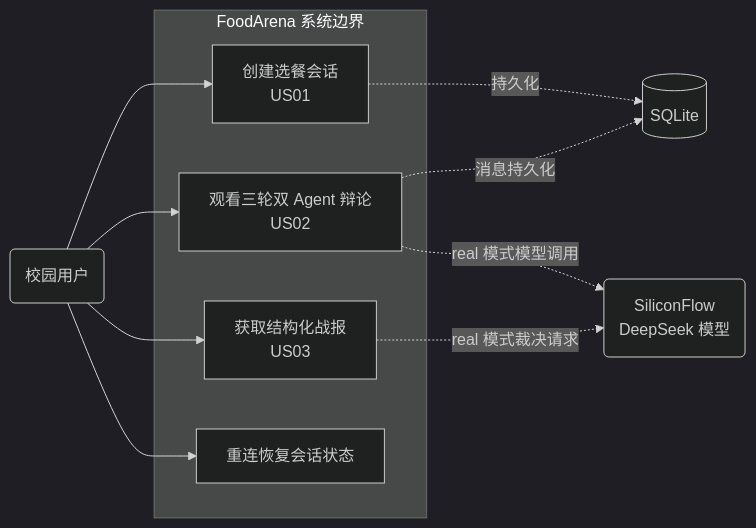
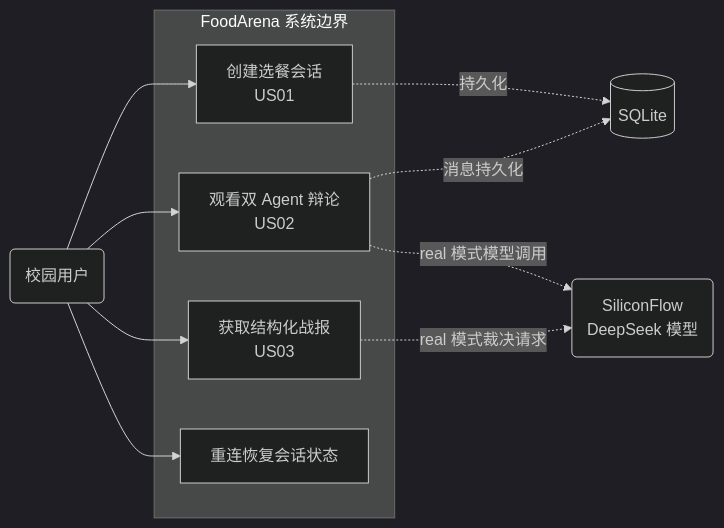
The first of 6 diagrams in docs/system_design.md (2467999639-zz/foodarena-ai), drawn with Mermaid (dark theme) before and after one commit. The commit also changed other lines of this file and 4 other files, not shown here.

````diff
--- a/docs/system_design.md
+++ b/docs/system_design.md
@@ -20,19 +20,19 @@
 ```mermaid
 flowchart LR
     subgraph System[FoodArena 系统边界]
         UC1[创建选餐会话<br/>US01]
-        UC2[观看三轮双 Agent 辩论<br/>US02]
+        UC2[观看双 Agent 辩论<br/>US02]
         UC3[获取结构化战报<br/>US03]
         UC4[重连恢复会话状态]
     end
 
     Actor(校园用户) --> UC1
     Actor --> UC2
     Actor --> UC3
     Actor --> UC4
 
     UC2 -.real 模式模型调用.-> LLM(SiliconFlow<br/>DeepSeek 模型)
     UC3 -.real 模式裁决请求.-> LLM
     UC1 -.持久化.-> DB[(SQLite)]
     UC2 -.消息持久化.-> DB
 ```
````
